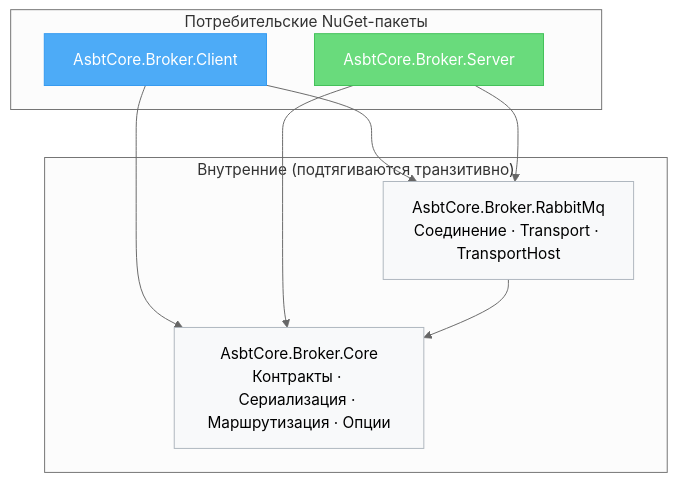
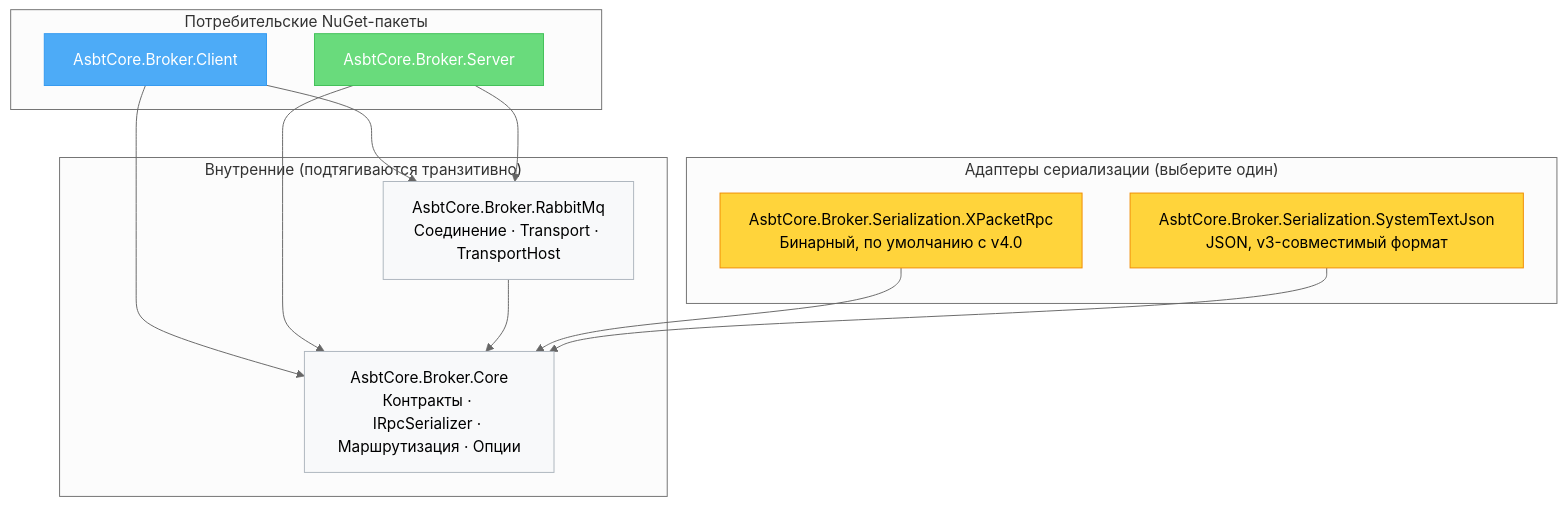
One commit to Sardor557/RabbitMq.RPC changed the first of 6 diagrams in README.ru.md. Above: the diagram before and after it, drawn with Mermaid (neutral theme). The commit also changed other lines of this file and 11 other files, not shown here.

````diff
--- a/README.ru.md
+++ b/README.ru.md
@@ -31,22 +31,30 @@
 ```mermaid
 graph TD
     subgraph public["Потребительские NuGet-пакеты"]
         CLIENT["AsbtCore.Broker.Client"]
         SERVER["AsbtCore.Broker.Server"]
     end
+    subgraph adapters["Адаптеры сериализации (выберите один)"]
+        XPRPC["AsbtCore.Broker.Serialization.XPacketRpc\nБинарный, по умолчанию с v4.0"]
+        STJ["AsbtCore.Broker.Serialization.SystemTextJson\nJSON, v3-совместимый формат"]
+    end
     subgraph internal["Внутренние (подтягиваются транзитивно)"]
-        CORE["AsbtCore.Broker.Core\nКонтракты · Сериализация · Маршрутизация · Опции"]
+        CORE["AsbtCore.Broker.Core\nКонтракты · IRpcSerializer · Маршрутизация · Опции"]
         RMQ["AsbtCore.Broker.RabbitMq\nСоединение · Transport · TransportHost"]
     end
 
     CLIENT --> CORE
     CLIENT --> RMQ
     SERVER --> CORE
     SERVER --> RMQ
     RMQ    --> CORE
+    XPRPC  --> CORE
+    STJ    --> CORE
 
     style CLIENT fill:#4dabf7,color:#fff,stroke:#339af0
     style SERVER fill:#69db7c,color:#fff,stroke:#40c057
+    style XPRPC  fill:#ffd43b,stroke:#f08c00
+    style STJ    fill:#ffd43b,stroke:#f08c00
     style CORE   fill:#f8f9fa,stroke:#adb5bd
     style RMQ    fill:#f8f9fa,stroke:#adb5bd
 ```
````
